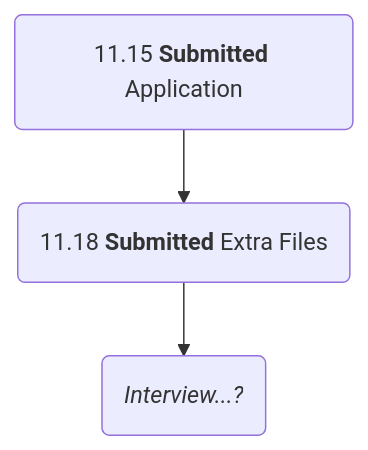
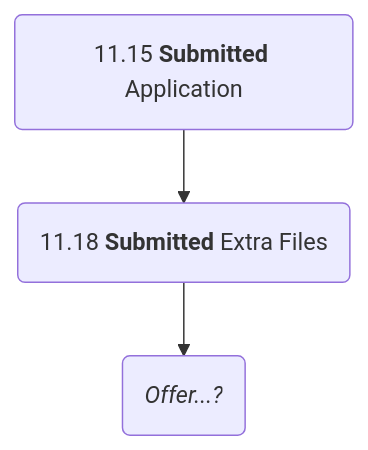
The tenth of 13 diagrams in _posts/2023-12-15-24Fall申请记录.md (Revive-dontwanttocode/Revive-dontwanttocode.github.io), drawn with Mermaid before and after one commit. The commit also changed other lines of this file and 1 other file, not shown here.

````diff
--- a/_posts/2023-12-15-24Fall申请记录.md
+++ b/_posts/2023-12-15-24Fall申请记录.md
@@ -238,7 +209,7 @@
 ```mermaid
 flowchart
     Stage1("`11.15 **Submitted** Application`")
     SubmitExtraFiles("`11.18 **Submitted** Extra Files`")
-    Stage2("`*Interview...?*`")
+    Stage2("`*Offer...?*`")
     Stage1 --> SubmitExtraFiles --> Stage2
 ```
````
